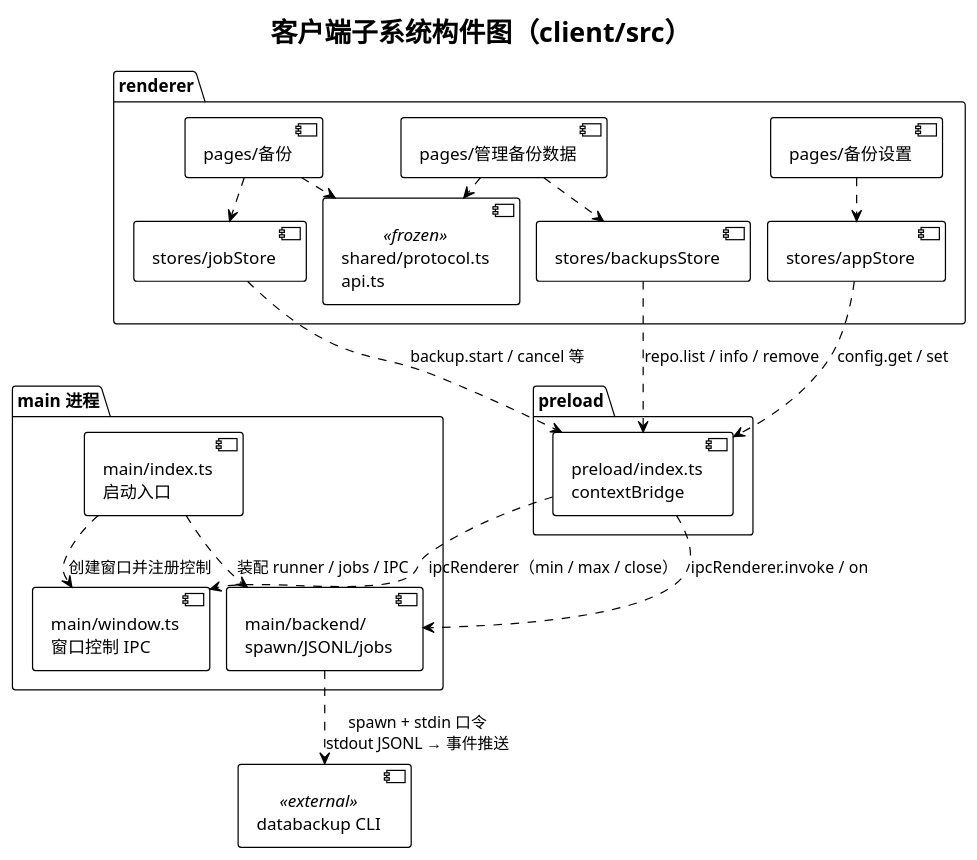
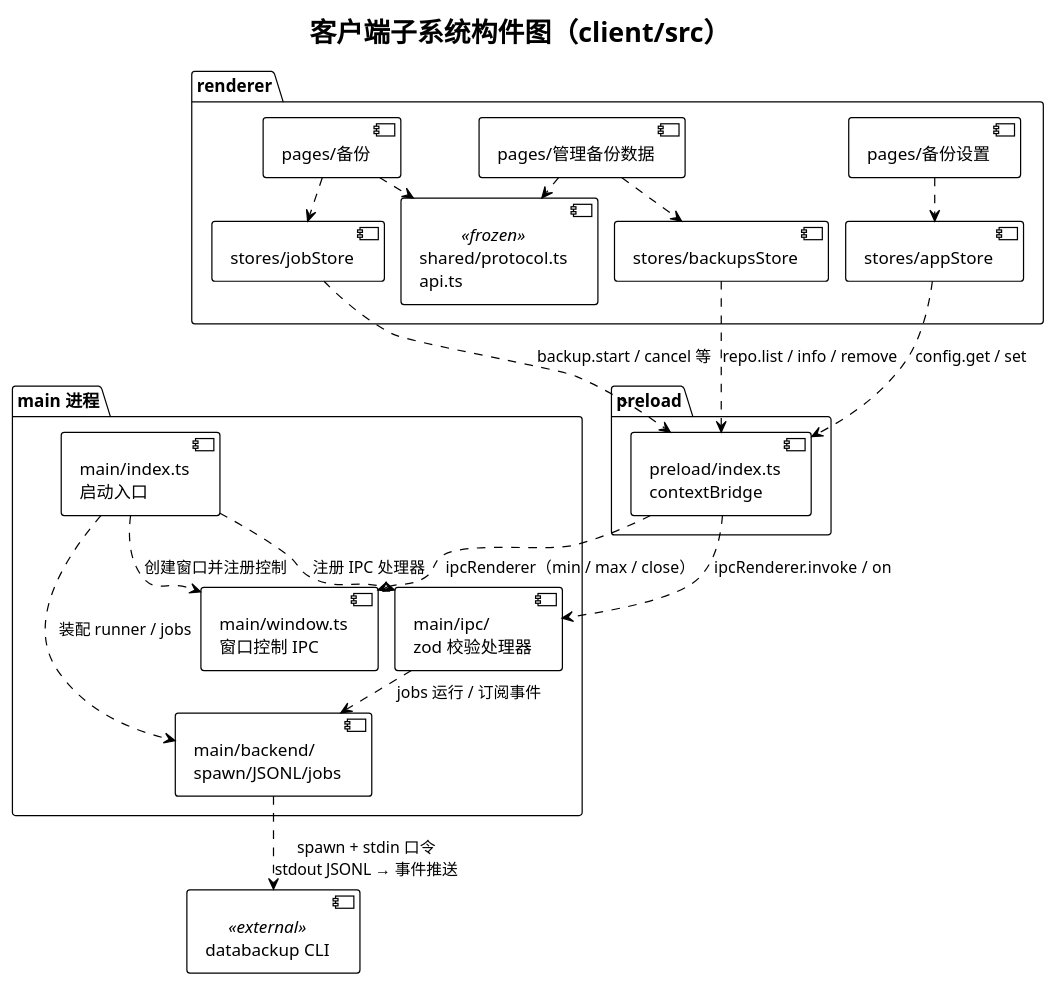
The diagram in docs/deliverables/diagrams/component-client.puml (Piaoxuemoli/software-class-qoobeewang), drawn with PlantUML before and after one commit. The commit also changed 8 other files, not shown here.

First line of the commit message:
docs: 1028 二轮复核修正图源与文档口径

```diff
--- a/docs/deliverables/diagrams/component-client.puml
+++ b/docs/deliverables/diagrams/component-client.puml
@@ -1,39 +1,42 @@
 @startuml component-client
 !theme plain
 skinparam nodesep 14
 skinparam ranksep 16
 title 客户端子系统构件图（client/src）
 
 package "main 进程" {
   [main/index.ts\n启动入口] as mindex
   [main/window.ts\n窗口控制 IPC] as mwindow
   [main/backend/\nspawn/JSONL/jobs] as mbackend
+  [main/ipc/\nzod 校验处理器] as mipc
 }
 package "preload" {
   [preload/index.ts\ncontextBridge] as pre
 }
 package "renderer" {
   [stores/jobStore] as jobStore
   [stores/backupsStore] as backupsStore
   [stores/appStore] as appStore
   [pages/备份] as pBackup
   [pages/管理备份数据] as pManage
   [pages/备份设置] as pSettings
   [shared/protocol.ts\napi.ts] as shared <<frozen>>
 }
 [databackup CLI] as cli <<external>>
 
 mindex ..> mwindow : 创建窗口并注册控制
-mindex ..> mbackend : 装配 runner / jobs / IPC
+mindex ..> mipc : 注册 IPC 处理器
+mindex ..> mbackend : 装配 runner / jobs
 pBackup ..> jobStore
 pManage ..> backupsStore
 pSettings ..> appStore
 jobStore ..> pre : backup.start / cancel 等
 backupsStore ..> pre : repo.list / info / remove
 appStore ..> pre : config.get / set
 pBackup ..> shared
 pManage ..> shared
-pre ..> mbackend : ipcRenderer.invoke / on
+pre ..> mipc : ipcRenderer.invoke / on
 pre ..> mwindow : ipcRenderer（min / max / close）
+mipc ..> mbackend : jobs 运行 / 订阅事件
 mbackend ..> cli : spawn + stdin 口令\nstdout JSONL → 事件推送
 @enduml
```
